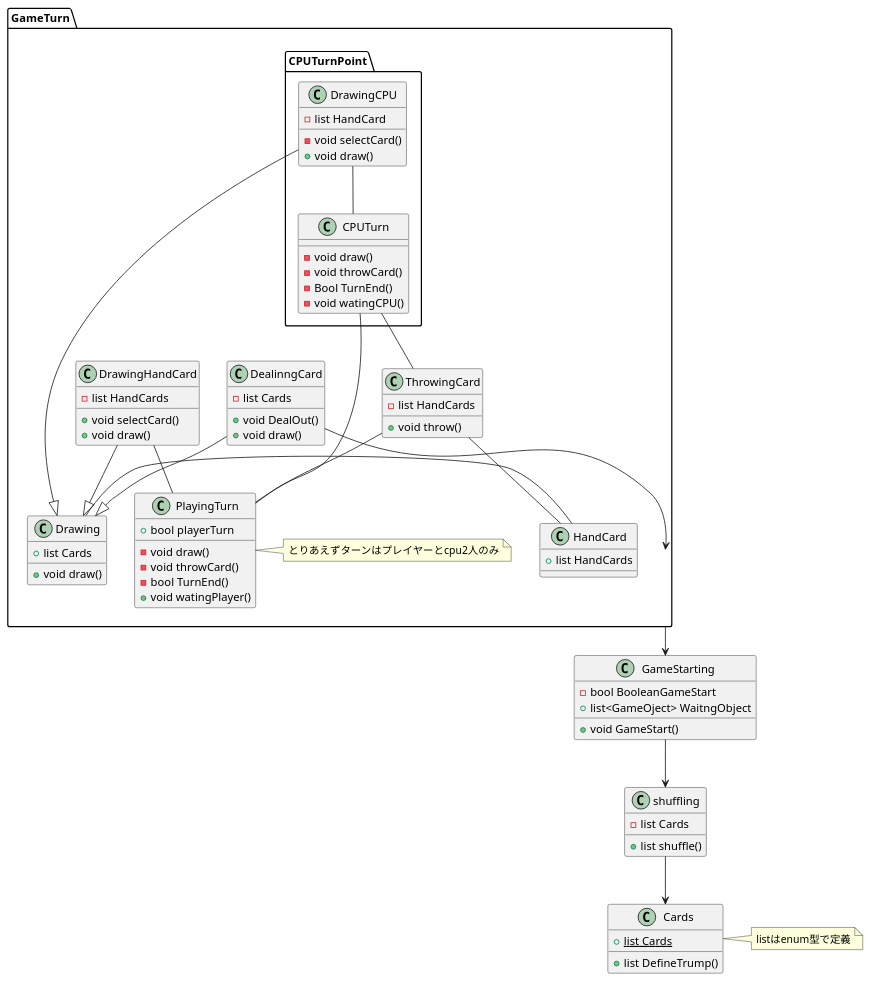
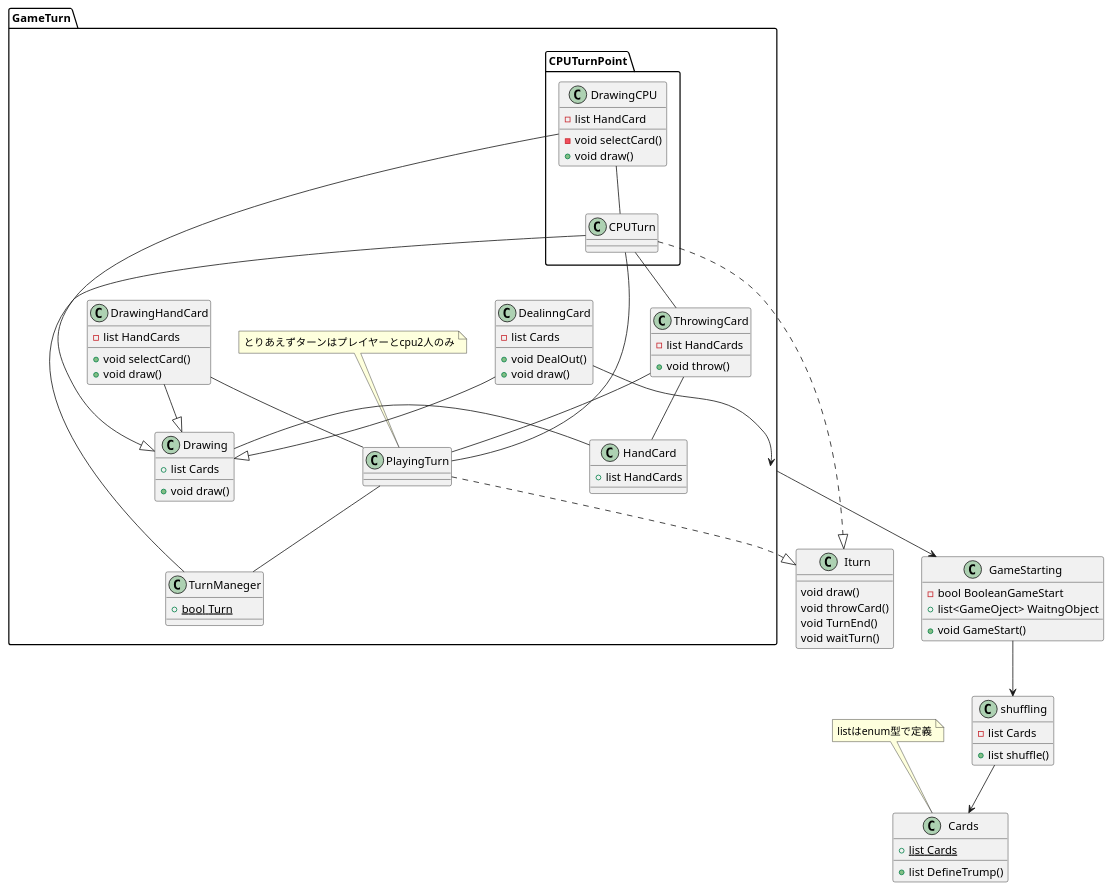
Before and after one commit to 44yyp9/TrumpGameAnthology: the diagram in Assets/Assets/script/Script_Architecture.pu, drawn with PlantUML. The commit also changed 1 other file, not shown here.

Commit message:
[Update]Rebith_script_Architecture

```diff
--- a/Assets/Assets/script/Script_Architecture.pu
+++ b/Assets/Assets/script/Script_Architecture.pu
@@ -1,79 +1,84 @@
 @startuml CardGame
 
 class Cards{
   +{static} list Cards
   +list DefineTrump()
 }
-note right of Cards
+note top of Cards
   listはenum型で定義
 end note
 class GameStarting{
   -bool BooleanGameStart
   +list<GameOject> WaitngObject
   +void GameStart()
 }
 class shuffling{
   - list Cards
   +list shuffle()
 }
 namespace GameTurn{
 class DealinngCard{
   - list Cards
   +void DealOut()
   + void draw()
 }
 class HandCard{
   +list HandCards
 }
 class DrawingHandCard{
   -list HandCards
   +void selectCard()
   +void draw()
 }
 class Drawing{
   +list Cards
   +void draw()
 }
 class PlayingTurn{
-  +bool playerTurn
-  -void draw()
-  -void throwCard()
-  -bool TurnEnd()
-  +void watingPlayer()
+
 }
-note right of PlayingTurn
+class TurnManeger{
+  +{static} bool Turn
+}
+note top of PlayingTurn
   とりあえずターンはプレイヤーとcpu2人のみ
 end note
 class ThrowingCard{
   -list HandCards
   +void throw()
 }
 namespace CPUTurnPoint{
 class DrawingCPU{
   -list HandCard
   -void selectCard()
   +void draw()
 }
 class CPUTurn{
-  -void draw()
-  -void throwCard()
-  -Bool TurnEnd()
-  -void watingCPU()
 }
 }
+}
+class Iturn{
+  void draw()
+  void throwCard()
+  void TurnEnd()
+  void waitTurn()
 }
 DrawingHandCard --|>Drawing
 DealinngCard --|>Drawing
 DrawingCPU--|>Drawing
 shuffling-->Cards
 GameStarting-->shuffling
 GameTurn-->GameStarting
 CPUTurn--PlayingTurn
 DealinngCard-->GameTurn
 CPUTurn--ThrowingCard
 ThrowingCard--PlayingTurn
 ThrowingCard--HandCard
 DrawingHandCard--PlayingTurn
 DrawingCPU--CPUTurn
 Drawing-HandCard
+CPUTurn ..|> Iturn
+PlayingTurn ..|> Iturn
+CPUTurn--TurnManeger
+PlayingTurn--TurnManeger
 @enduml
```
